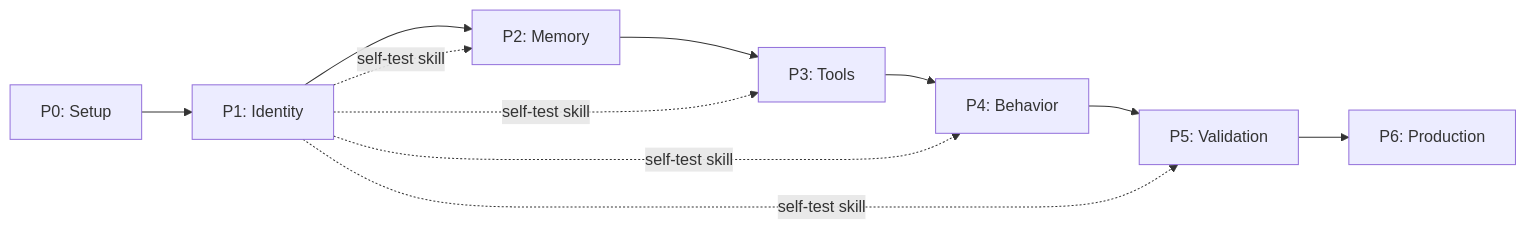
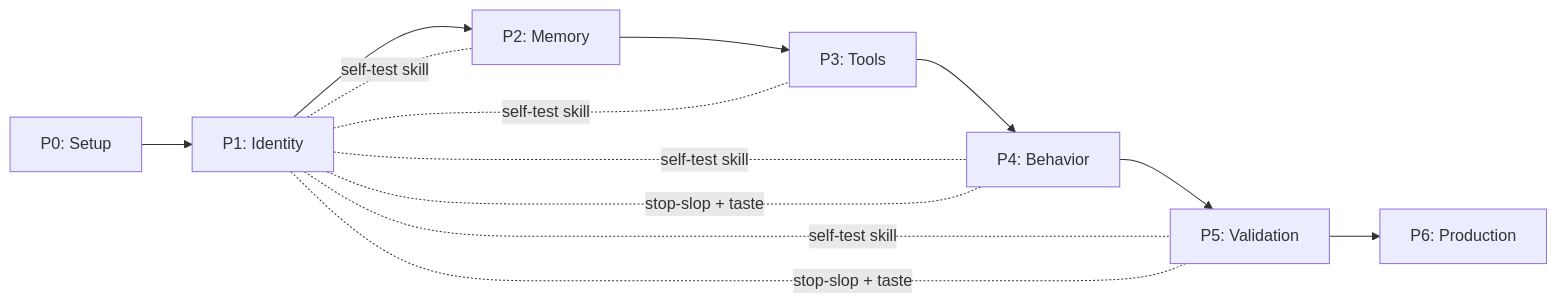
Before and after one commit to elderbernardi/exocortex.saas: the second of 3 diagrams in plans/pdd/PLAN.md, drawn with Mermaid. The commit also changed other lines of this file and 5 other files, not shown here.

````diff
--- a/plans/pdd/PLAN.md
+++ b/plans/pdd/PLAN.md
@@ -73,14 +122,16 @@
 ```mermaid
 graph LR
     P0[P0: Setup] --> P1[P1: Identity]
     P1 --> P2[P2: Memory]
     P2 --> P3[P3: Tools]
     P3 --> P4[P4: Behavior]
     P4 --> P5[P5: Validation]
     P5 --> P6[P6: Production]
     
-    P1 -.->|self-test skill| P2
-    P1 -.->|self-test skill| P3
-    P1 -.->|self-test skill| P4
-    P1 -.->|self-test skill| P5
+    P1 -.-|self-test skill| P2
+    P1 -.-|self-test skill| P3
+    P1 -.-|self-test skill| P4
+    P1 -.-|self-test skill| P5
+    P1 -.-|stop-slop + taste| P4
+    P1 -.-|stop-slop + taste| P5
 ```
````
